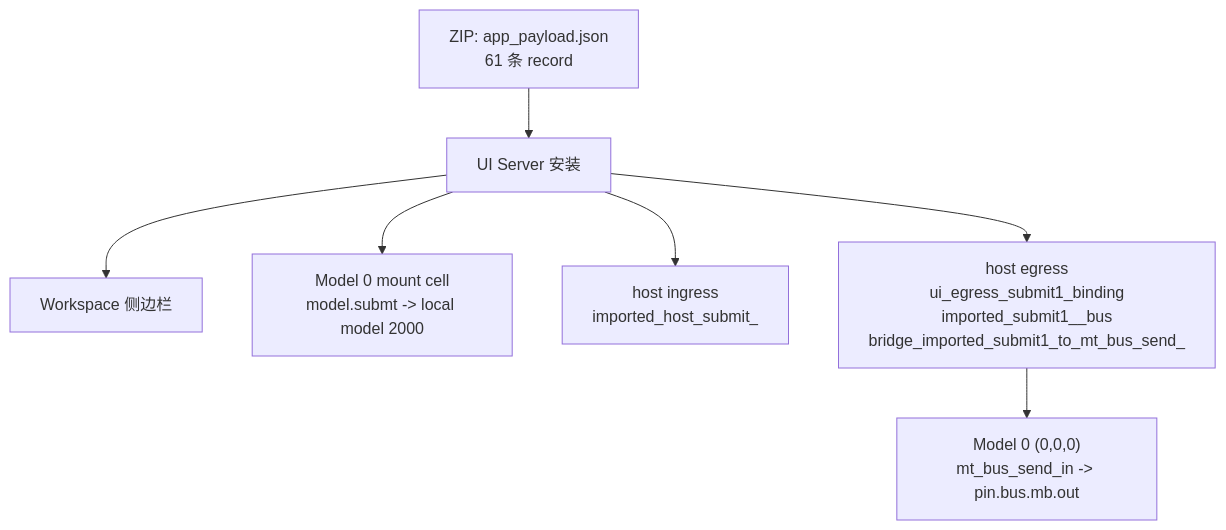
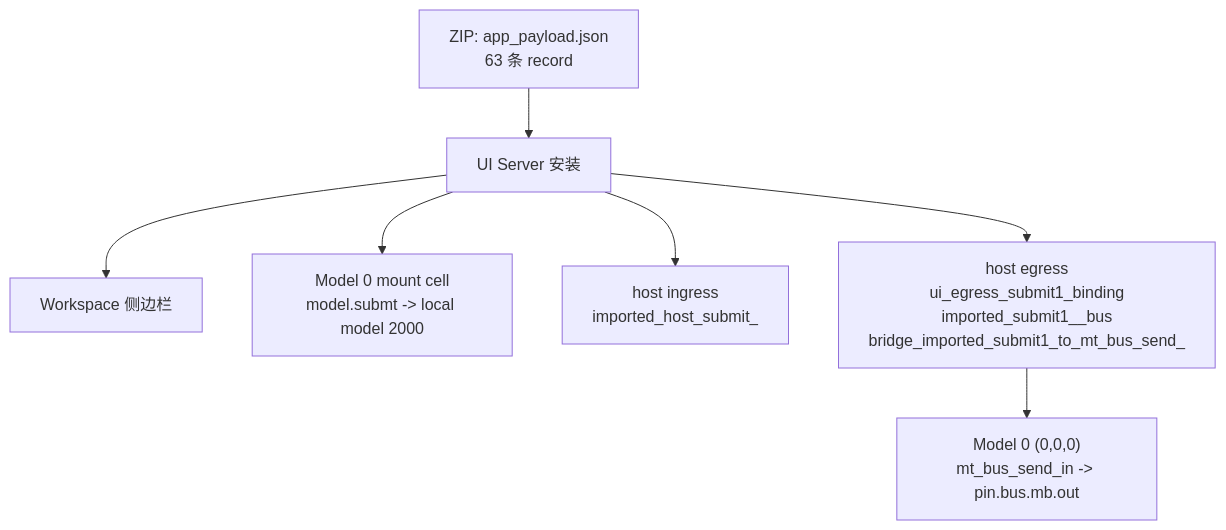
The third of 3 diagrams in docs/user-guide/slide-app-runtime/minimal_submit_app_provider_visualized.md (drooop/dongyu_js_core), drawn with Mermaid before and after one commit. The commit also changed other lines of this file and 14 other files, not shown here.

````diff
--- a/docs/user-guide/slide-app-runtime/minimal_submit_app_provider_visualized.md
+++ b/docs/user-guide/slide-app-runtime/minimal_submit_app_provider_visualized.md
@@ -57,16 +61,16 @@
 ```mermaid
 flowchart TB
-  Zip["ZIP: app_payload.json<br/>61 条 record"]
+  Zip["ZIP: app_payload.json<br/>63 条 record"]
   Install["UI Server 安装"]
   Side["Workspace 侧边栏"]
   Submt["Model 0 mount cell<br/>model.submt -> local model 2000"]
   Ingress["host ingress<br/>imported_host_submit_<id>"]
   Egress["host egress<br/>ui_egress_submit1_binding<br/>imported_submit1_<id>_bus<br/>bridge_imported_submit1_to_mt_bus_send_<id>"]
   Bus["Model 0 (0,0,0)<br/>mt_bus_send_in -> pin.bus.mb.out"]
   Zip --> Install
   Install --> Side
   Install --> Submt
   Install --> Ingress
   Install --> Egress
   Egress --> Bus
 ```
````
